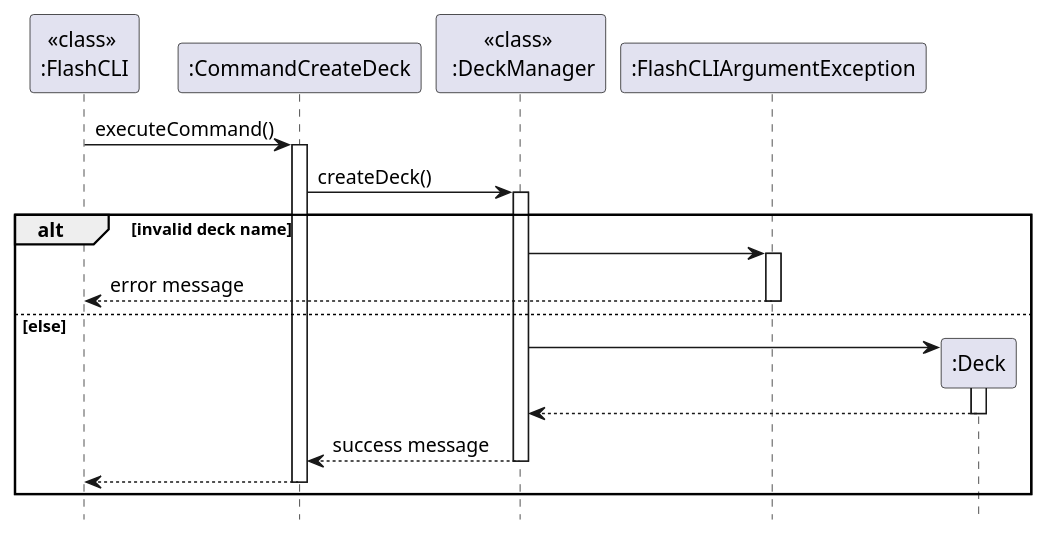
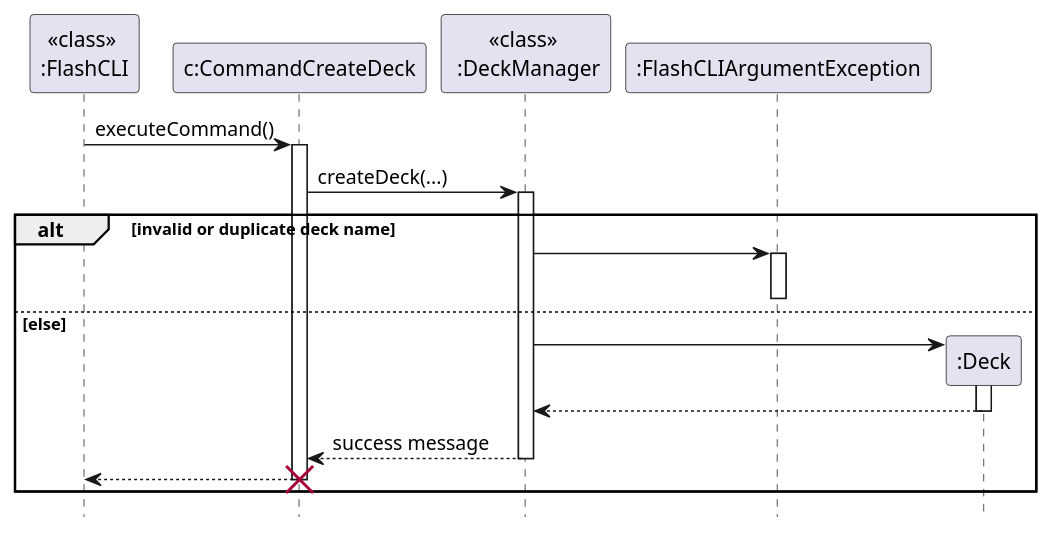
The diagram in docs/diagrams/CreateDeckSequenceDiagram.puml (felfelyuen/tp), drawn with PlantUML before and after one commit. The commit also changed 6 other files, not shown here.

```diff
--- a/docs/diagrams/CreateDeckSequenceDiagram.puml
+++ b/docs/diagrams/CreateDeckSequenceDiagram.puml
@@ -1,33 +1,33 @@
 @startuml
 
 hide footbox
 participant "<<class>> \n:FlashCLI" as FlashCLI
-participant ":CommandCreateDeck" as CommandCreateDeck
+participant "c:CommandCreateDeck" as CommandCreateDeck
 participant "<<class>> \n :DeckManager" as DeckManager
 participant ":FlashCLIArgumentException" as FlashCLIArgumentException
 participant ":Deck" as Deck
 
 FlashCLI -> CommandCreateDeck: executeCommand()
 activate CommandCreateDeck
-CommandCreateDeck -> DeckManager: createDeck()
+CommandCreateDeck -> DeckManager: createDeck(...)
 activate DeckManager
 
-alt invalid deck name
+alt invalid or duplicate deck name
     DeckManager -> FlashCLIArgumentException
     activate FlashCLIArgumentException
-    FlashCLIArgumentException --> FlashCLI: error message
     deactivate FlashCLIArgumentException
 
 else else
     create Deck
     DeckManager -> Deck
     activate Deck
     Deck --> DeckManager
     deactivate Deck
     DeckManager --> CommandCreateDeck : success message
     deactivate DeckManager
     CommandCreateDeck --> FlashCLI
     deactivate CommandCreateDeck
+    destroy CommandCreateDeck
 end alt
 
 @enduml
```
